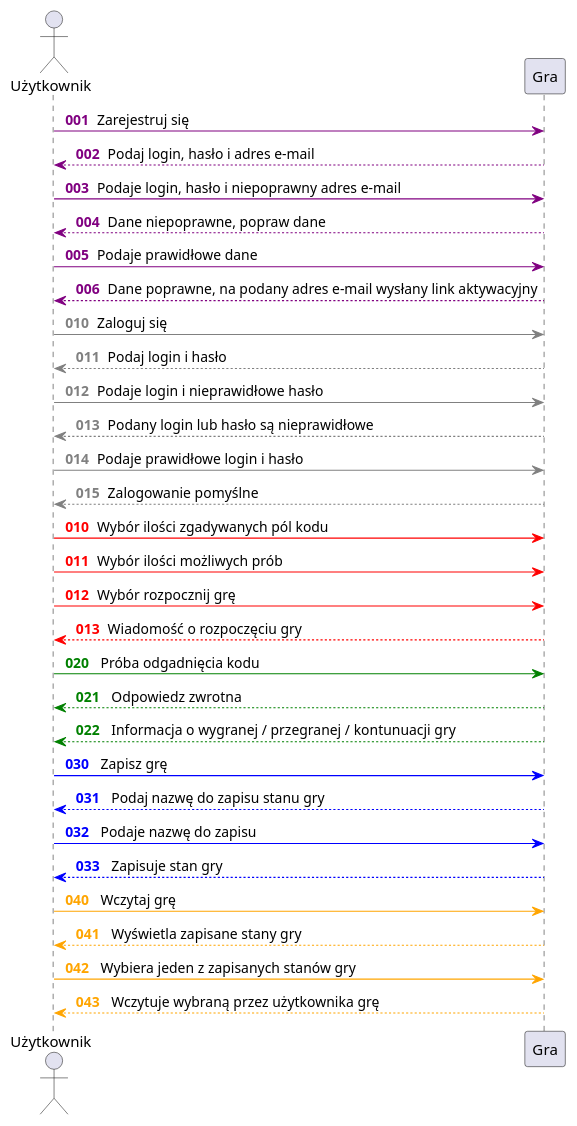
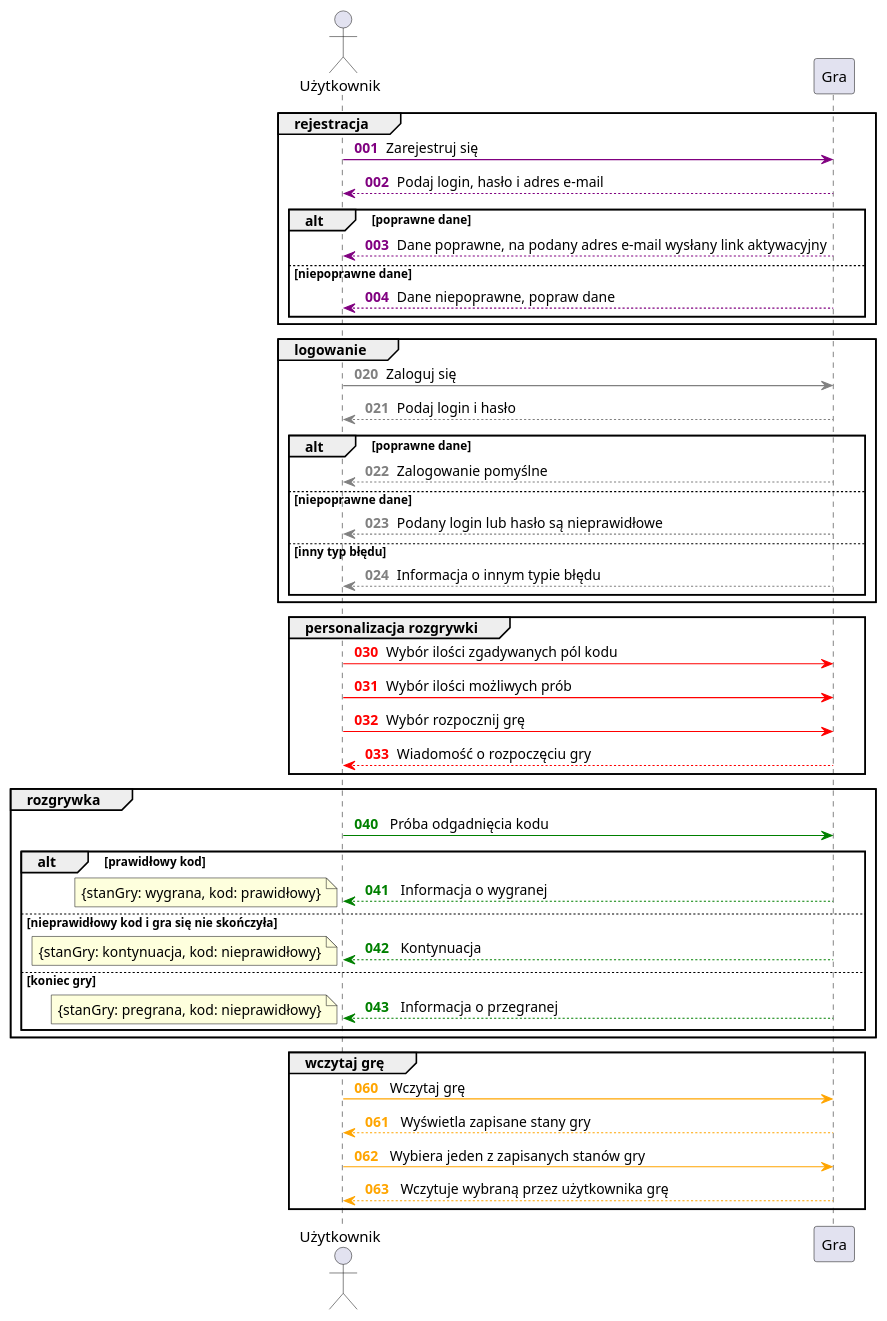
Before and after one commit to Joanna-Szczesna/Mastermind: the diagram in sequence_diagram.puml, drawn with PlantUML. The commit also changed 1 other file, not shown here.

Commit message:
update sequence_diagram and split into two files

```diff
--- a/sequence_diagram.puml
+++ b/sequence_diagram.puml
@@ -1,43 +1,58 @@
 @startuml
+group rejestracja
+  autonumber "<font color=purple><b> 000 "
+  actor Użytkownik
+  Użytkownik -[#purple]> Gra : Zarejestruj się
+  Użytkownik  <-[#purple]- Gra : Podaj login, hasło i adres e-mail
+  alt poprawne dane
+    Użytkownik  <-[#purple]- Gra : Dane poprawne, na podany adres e-mail wysłany link aktywacyjny
+  else niepoprawne dane
+    Użytkownik  <-[#purple]- Gra : Dane niepoprawne, popraw dane
+  end
+end
 
-autonumber "<font color=purple><b> 000 "
-actor Użytkownik
-Użytkownik -[#purple]> Gra : Zarejestruj się
-Użytkownik  <-[#purple]- Gra : Podaj login, hasło i adres e-mail
-Użytkownik -[#purple]> Gra : Podaje login, hasło i niepoprawny adres e-mail
-Użytkownik  <-[#purple]- Gra : Dane niepoprawne, popraw dane
-Użytkownik -[#purple]> Gra : Podaje prawidłowe dane
-Użytkownik  <-[#purple]- Gra : Dane poprawne, na podany adres e-mail wysłany link aktywacyjny
+group logowanie
+  autonumber 20 1 "<font color=grey><b> 000 "
+  Użytkownik -[#grey]> Gra : Zaloguj się
+  Użytkownik  <-[#grey]- Gra : Podaj login i hasło
 
-autonumber 10 1 "<font color=grey><b> 000 "
-Użytkownik -[#grey]> Gra : Zaloguj się
-Użytkownik  <-[#grey]- Gra : Podaj login i hasło
-Użytkownik -[#grey]> Gra : Podaje login i nieprawidłowe hasło
-Użytkownik  <-[#grey]- Gra : Podany login lub hasło są nieprawidłowe
-Użytkownik -[#grey]> Gra : Podaje prawidłowe login i hasło
-Użytkownik  <-[#grey]- Gra : Zalogowanie pomyślne
+  alt poprawne dane
+    Użytkownik  <-[#grey]- Gra : Zalogowanie pomyślne
+  else niepoprawne dane
+    Użytkownik <-[#grey]- Gra : Podany login lub hasło są nieprawidłowe
+  else inny typ błędu
+    Użytkownik  <-[#grey]- Gra : Informacja o innym typie błędu
+  end
+end
 
-autonumber 10 1 "<font color=red><b> 000 "
-Użytkownik -[#red]> Gra : Wybór ilości zgadywanych pól kodu
-Użytkownik -[#red]> Gra : Wybór ilości możliwych prób
-Użytkownik -[#red]> Gra : Wybór rozpocznij grę
-Użytkownik  <-[#red]- Gra : Wiadomość o rozpoczęciu gry
+group personalizacja rozgrywki
+  autonumber 30 1 "<font color=red><b> 000 "
+  Użytkownik -[#red]> Gra : Wybór ilości zgadywanych pól kodu
+  Użytkownik -[#red]> Gra : Wybór ilości możliwych prób
+  Użytkownik -[#red]> Gra : Wybór rozpocznij grę
+  Użytkownik  <-[#red]- Gra : Wiadomość o rozpoczęciu gry
+end
 
-autonumber 20 1 "<font color=green><b> 000  "
-Użytkownik -[#green]> Gra : Próba odgadnięcia kodu
-Użytkownik <-[#green]- Gra : Odpowiedz zwrotna
-Użytkownik <-[#green]- Gra : Informacja o wygranej / przegranej / kontunuacji gry
+group rozgrywka 
+ autonumber 40 1 "<font color=green><b> 000  "
+ Użytkownik -[#green]> Gra : Próba odgadnięcia kodu
+ alt prawidłowy kod
+    Użytkownik <-[#green]- Gra : Informacja o wygranej 
+    note left: {stanGry: wygrana, kod: prawidłowy}
+  else nieprawidłowy kod i gra się nie skończyła
+    Użytkownik <-[#green]- Gra : Kontynuacja
+    note left: {stanGry: kontynuacja, kod: nieprawidłowy}
+  else koniec gry
+    Użytkownik <-[#green]- Gra : Informacja o przegranej 
+    note left: {stanGry: pregrana, kod: nieprawidłowy}
+  end
+end
 
-autonumber 30 1 "<font color=blue><b> 000  "
-Użytkownik -[#blue]> Gra : Zapisz grę
-Użytkownik <-[#blue]- Gra : Podaj nazwę do zapisu stanu gry
-Użytkownik -[#blue]> Gra : Podaje nazwę do zapisu
-Użytkownik <-[#blue]- Gra : Zapisuje stan gry
-
-autonumber 40 1 "<font color=orange><b> 000  "
-Użytkownik -[#orange]> Gra : Wczytaj grę
-Użytkownik <-[#orange]- Gra : Wyświetla zapisane stany gry
-Użytkownik -[#orange]> Gra : Wybiera jeden z zapisanych stanów gry
-Użytkownik <-[#orange]- Gra : Wczytuje wybraną przez użytkownika grę
-
+group wczytaj grę
+autonumber 60 1 "<font color=orange><b> 000  "
+  Użytkownik -[#orange]> Gra : Wczytaj grę
+  Użytkownik <-[#orange]- Gra : Wyświetla zapisane stany gry
+  Użytkownik -[#orange]> Gra : Wybiera jeden z zapisanych stanów gry
+  Użytkownik <-[#orange]- Gra : Wczytuje wybraną przez użytkownika grę
+end
 @enduml
```
